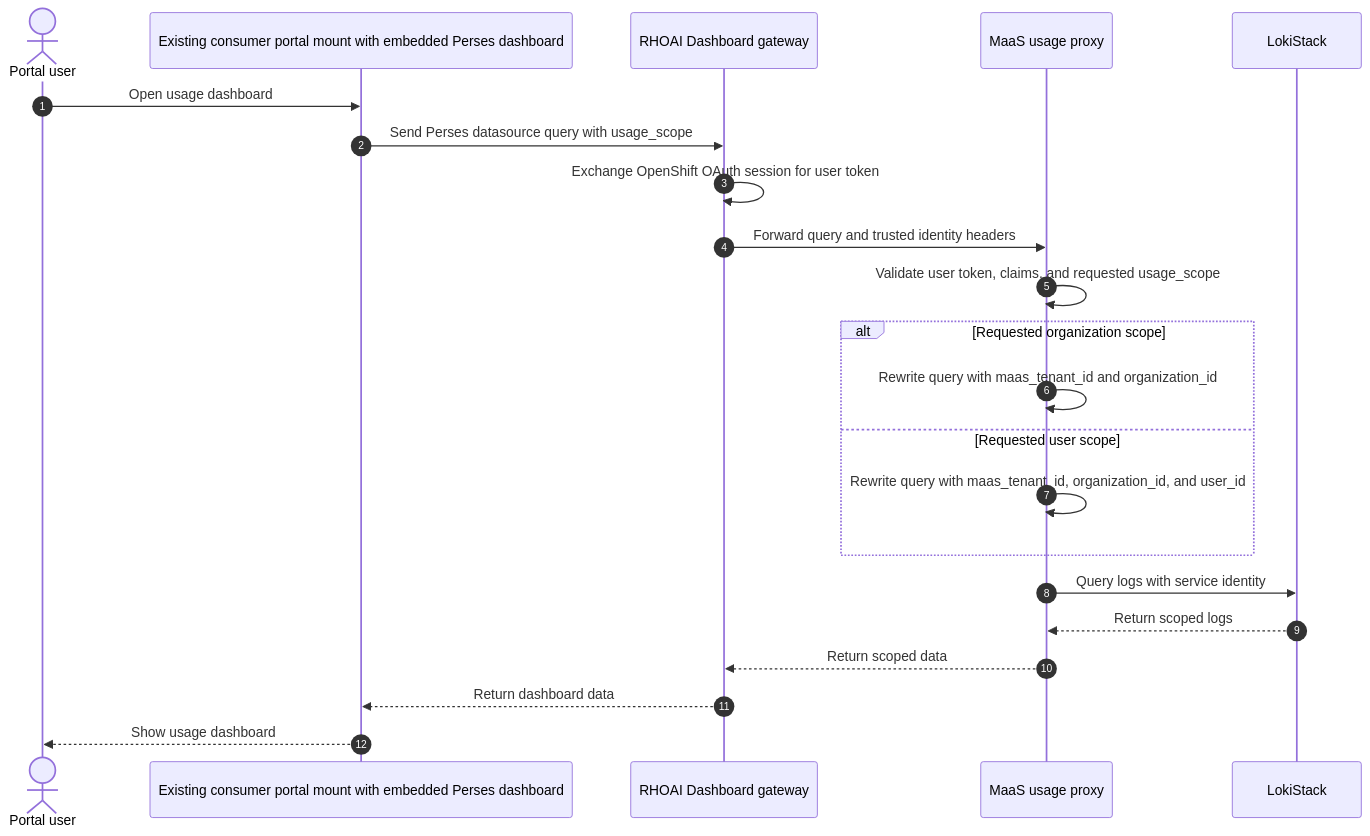
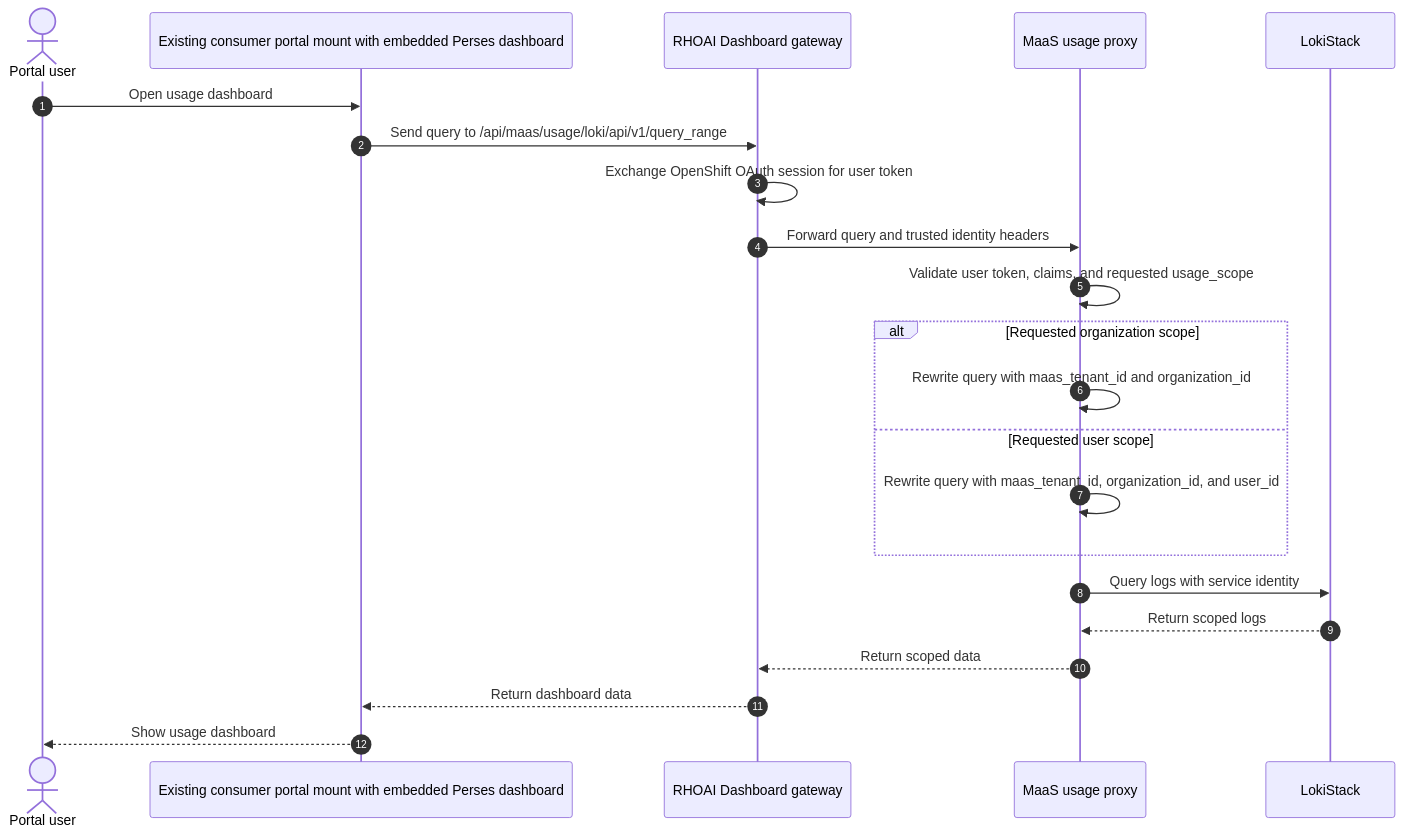
Before and after one commit to opendatahub-io/architecture-decision-records: the third of 3 diagrams in architecture-decision-records/model-serving/ODH-ADR-MS-0009-maas-usage-dashboard-oidc-authorization-and-data-scoping.md, drawn with Mermaid. The commit also changed other lines of this file, not shown here.

Commit message:
Add proposal for provider admin usage log access.

````diff
--- a/architecture-decision-records/model-serving/ODH-ADR-MS-0009-maas-usage-dashboard-oidc-authorization-and-data-scoping.md
+++ b/architecture-decision-records/model-serving/ODH-ADR-MS-0009-maas-usage-dashboard-oidc-authorization-and-data-scoping.md
@@ -154,27 +155,27 @@
 ```mermaid
 sequenceDiagram
   autonumber
   actor User as Portal user
   participant UI as Existing consumer portal mount with embedded Perses dashboard
   participant Gateway as RHOAI Dashboard gateway
   participant Usage as MaaS usage proxy
   participant Loki as LokiStack
 
   User->>UI: Open usage dashboard
-  UI->>Gateway: Send Perses datasource query with usage_scope
+  UI->>Gateway: Send query to /api/maas/usage/loki/api/v1/query_range
   Gateway->>Gateway: Exchange OpenShift OAuth session for user token
   Gateway->>Usage: Forward query and trusted identity headers
   Usage->>Usage: Validate user token, claims, and requested usage_scope
 
   alt Requested organization scope
     Usage->>Usage: Rewrite query with maas_tenant_id and organization_id
   else Requested user scope
     Usage->>Usage: Rewrite query with maas_tenant_id, organization_id, and user_id
   end
 
   Usage->>Loki: Query logs with service identity
   Loki-->>Usage: Return scoped logs
   Usage-->>Gateway: Return scoped data
   Gateway-->>UI: Return dashboard data
   UI-->>User: Show usage dashboard
 ```
````
